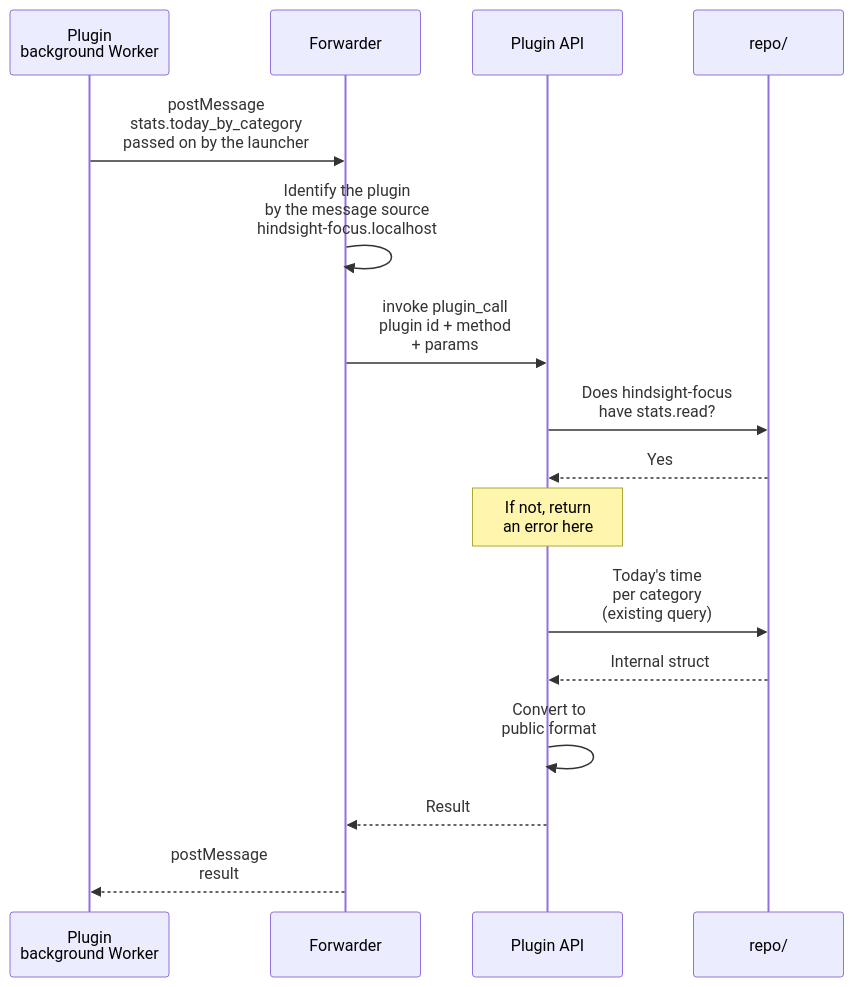
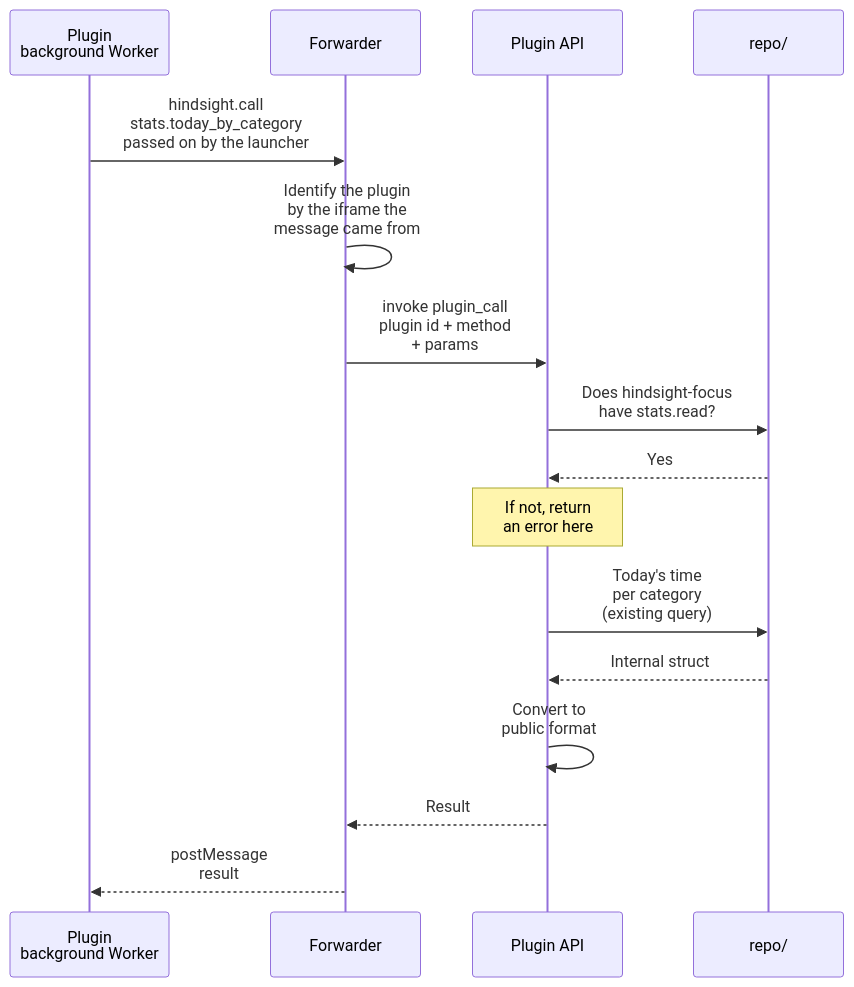
One commit to Tomotsugu-dev/Hindsight changed the diagram in docs/design/plugins/en/api.md. Above: the diagram before and after it, drawn with Mermaid. The commit also changed other lines of this file and 3 other files, not shown here.

First line of the commit message:
docs(plugins): describe hindsight.call() and how the forwarder tells plugins apart

````diff
--- a/docs/design/plugins/en/api.md
+++ b/docs/design/plugins/en/api.md
@@ -13,18 +13,18 @@
 ```mermaid
 sequenceDiagram
   participant P as Plugin<br/>background Worker
   participant B as Forwarder
   participant A as Plugin API
   participant R as repo/
-  P->>B: postMessage<br/>stats.today_by_category<br/>passed on by the launcher
-  B->>B: Identify the plugin<br/>by the message source<br/>hindsight-focus.localhost
+  P->>B: hindsight.call<br/>stats.today_by_category<br/>passed on by the launcher
+  B->>B: Identify the plugin<br/>by the iframe the<br/>message came from
   B->>A: invoke plugin_call<br/>plugin id + method<br/>+ params
   A->>R: Does hindsight-focus<br/>have stats.read?
   R-->>A: Yes
   Note over A: If not, return<br/>an error here
   A->>R: Today's time<br/>per category<br/>(existing query)
   R-->>A: Internal struct
   A->>A: Convert to<br/>public format
   A-->>B: Result
   B-->>P: postMessage<br/>result
 ```
````
